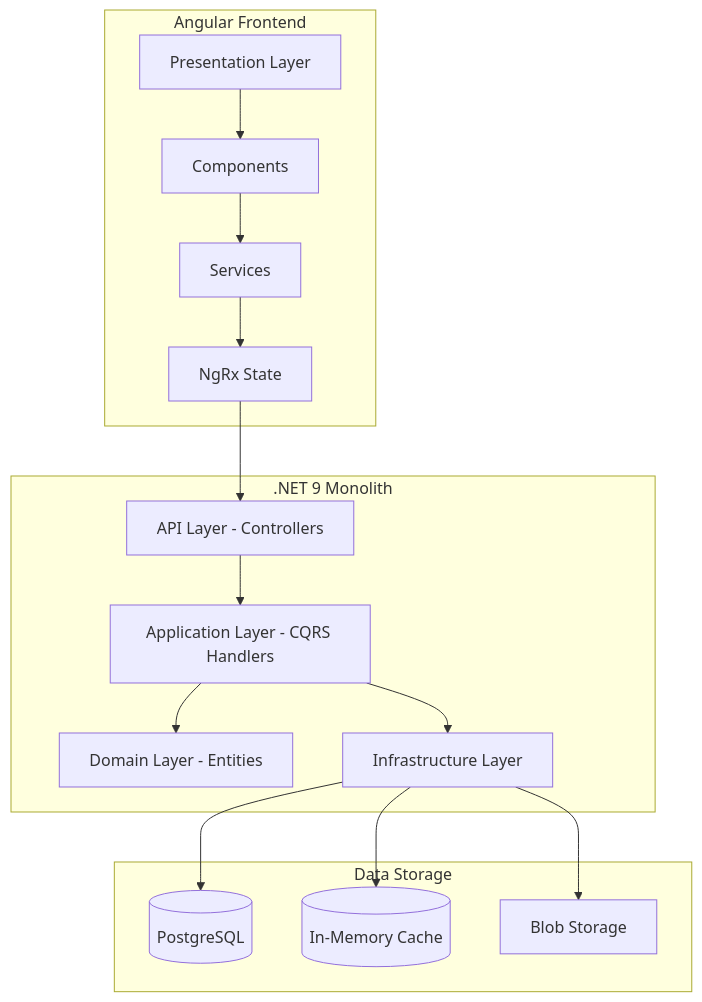
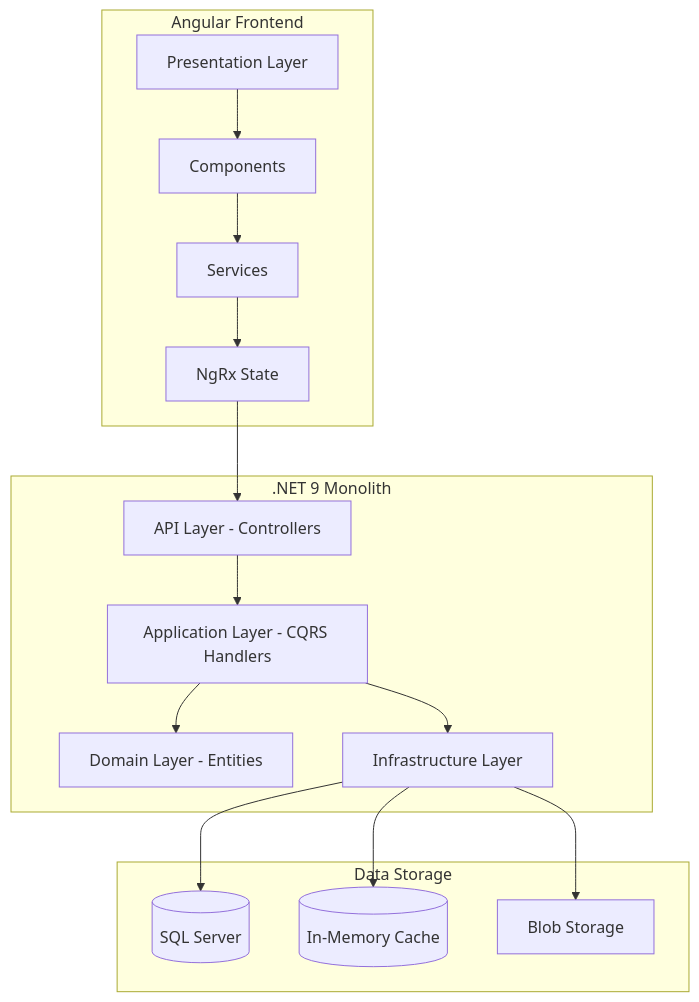
The first of 2 diagrams in plans/monolithic-architecture-plan.md (abdallah670/Outfit-Planner), drawn with Mermaid before and after one commit. The commit also changed other lines of this file and 39 other files, not shown here.

````diff
--- a/plans/monolithic-architecture-plan.md
+++ b/plans/monolithic-architecture-plan.md
@@ -11,34 +11,34 @@
 ```mermaid
 graph TB
     subgraph Frontend [Angular Frontend]
         UI[Presentation Layer]
         Components[Components]
         Services[Services]
         State[NgRx State]
     end
-    
+
     subgraph Backend [.NET 9 Monolith]
         API[API Layer - Controllers]
         App[Application Layer - CQRS Handlers]
         Domain[Domain Layer - Entities]
         Infra[Infrastructure Layer]
     end
-    
+
     subgraph Data [Data Storage]
-        PG[(PostgreSQL)]
+        SQL[(SQL Server)]
         Cache[(In-Memory Cache)]
         Storage[Blob Storage]
     end
-    
+
     UI --> Components
     Components --> Services
     Services --> State
     State --> API
-    
+
     API --> App
     App --> Domain
     App --> Infra
-    Infra --> PG
+    Infra --> SQL
     Infra --> Cache
     Infra --> Storage
 ```
````
